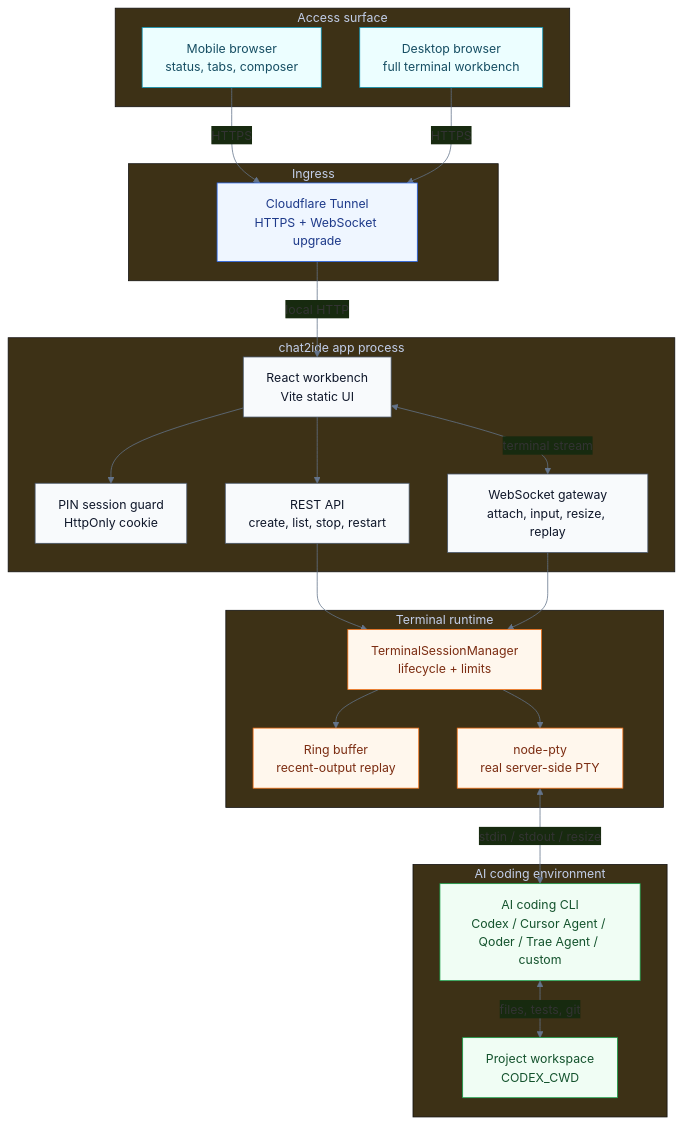
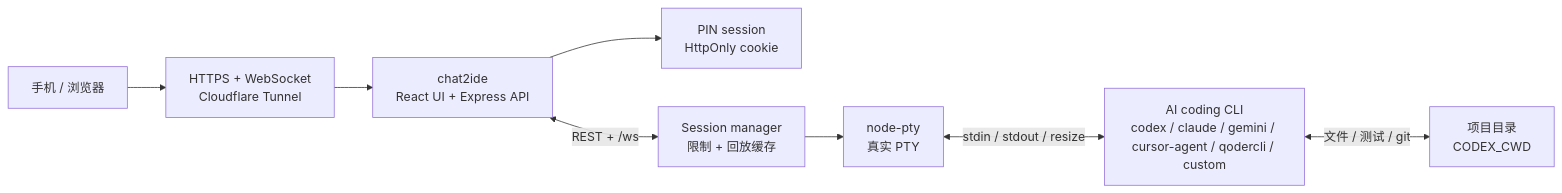
One commit to oceanusXXD/chat2ide changed the first of 2 diagrams in README.zh-CN.md. Above: the diagram before and after it, drawn with Mermaid. The commit also changed other lines of this file and 2 other files, not shown here.

Commit message:
Document AI coding CLI integration boundaries

````diff
--- a/README.zh-CN.md
+++ b/README.zh-CN.md
@@ -117,54 +294,10 @@
 ```mermaid
-%%{init: {"theme": "base", "themeVariables": {"fontFamily": "Inter, ui-sans-serif, system-ui", "primaryColor": "#0f172a", "lineColor": "#64748b"}}}%%
-flowchart TB
-  subgraph Surface["Access surface"]
-    Mobile["Mobile browser<br/>status, tabs, composer"]
-    Desktop["Desktop browser<br/>full terminal workbench"]
-  end
-
-  subgraph Ingress["Ingress"]
-    Tunnel["Cloudflare Tunnel<br/>HTTPS + WebSocket upgrade"]
-  end
-
-  subgraph App["chat2ide app process"]
-    UI["React workbench<br/>Vite static UI"]
-    Auth["PIN session guard<br/>HttpOnly cookie"]
-    API["REST API<br/>create, list, stop, restart"]
-    WSGW["WebSocket gateway<br/>attach, input, resize, replay"]
-  end
-
-  subgraph Runtime["Terminal runtime"]
-    Manager["TerminalSessionManager<br/>lifecycle + limits"]
-    Buffer["Ring buffer<br/>recent-output replay"]
-    PTY["node-pty<br/>real server-side PTY"]
-  end
-
-  subgraph Coding["AI coding environment"]
-    CLI["AI coding CLI<br/>Codex / Cursor Agent / Qoder / Trae Agent / custom"]
-    Repo["Project workspace<br/>CODEX_CWD"]
-  end
-
-  Mobile -->|HTTPS| Tunnel
-  Desktop -->|HTTPS| Tunnel
-  Tunnel -->|local HTTP| UI
-  UI --> Auth
-  UI --> API
-  UI <-->|terminal stream| WSGW
-  API --> Manager
-  WSGW --> Manager
-  Manager --> Buffer
-  Manager --> PTY
-  PTY <-->|stdin / stdout / resize| CLI
-  CLI <-->|files, tests, git| Repo
-
-  classDef surface fill:#ecfeff,stroke:#0891b2,color:#164e63
-  classDef ingress fill:#eff6ff,stroke:#2563eb,color:#1e3a8a
-  classDef app fill:#f8fafc,stroke:#475569,color:#0f172a
-  classDef runtime fill:#fff7ed,stroke:#f97316,color:#7c2d12
-  classDef coding fill:#f0fdf4,stroke:#16a34a,color:#14532d
-  class Mobile,Desktop surface
-  class Tunnel ingress
-  class UI,Auth,API,WSGW app
-  class Manager,Buffer,PTY runtime
-  class CLI,Repo coding
+flowchart LR
+  Browser["手机 / 浏览器"] --> Tunnel["HTTPS + WebSocket<br/>Cloudflare Tunnel"]
+  Tunnel --> App["chat2ide<br/>React UI + Express API"]
+  App --> Auth["PIN session<br/>HttpOnly cookie"]
+  App <-->|REST + /ws| Manager["Session manager<br/>限制 + 回放缓存"]
+  Manager --> PTY["node-pty<br/>真实 PTY"]
+  PTY <-->|stdin / stdout / resize| CLI["AI coding CLI<br/>codex / claude / gemini / cursor-agent / qodercli / custom"]
+  CLI <-->|文件 / 测试 / git| Repo["项目目录<br/>CODEX_CWD"]
 ```
````
